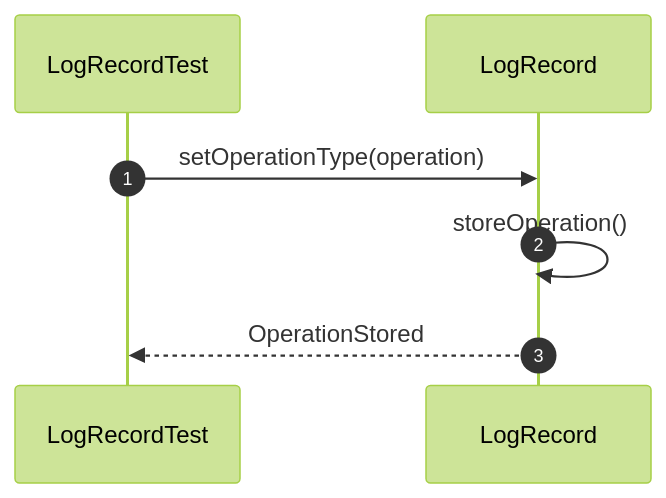
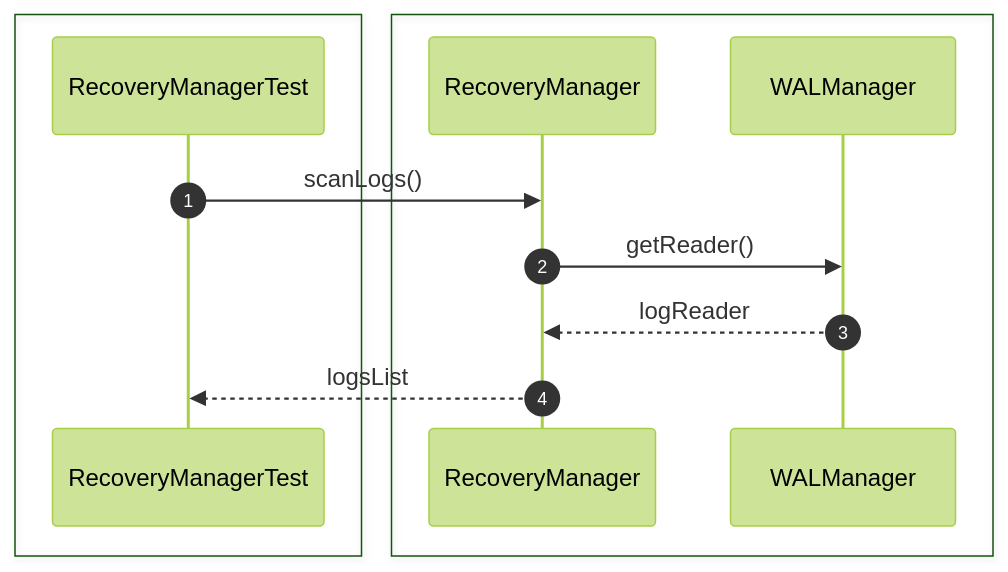
One commit to Huy1801214/dbms-architecture changed diagram 15 of 28 in src/sequence/recovery.md. Above: the diagram before and after it, drawn with Mermaid (forest theme). The commit also changed other lines of this file and 10 other files, not shown here.

Commit message:
add comprehensive sequence diagrams and documentation for system architecture and unit testing specifications

````diff
--- a/src/sequence/recovery.md
+++ b/src/sequence/recovery.md
@@ -196,12 +257,17 @@
-```mermaid 
+```mermaid
 sequenceDiagram
     autonumber
-    participant Test as LogRecordTest
-    participant Log as LogRecord
 
-    Test->>Log: setOperationType(operation)
+    box #e1f5fe Test Suite
+    participant Test as RecoveryManagerTest
+    end
+    box #ffebee Recovery Components
+    participant Recovery as RecoveryManager
+    participant WAL as WALManager
+    end
 
-    Log->>Log: storeOperation()
-
-    Log-->>Test: OperationStored
+    Test->>Recovery: scanLogs()
+    Recovery->>WAL: getReader()
+    WAL-->>Recovery: logReader
+    Recovery-->>Test: logsList
 ```
````
